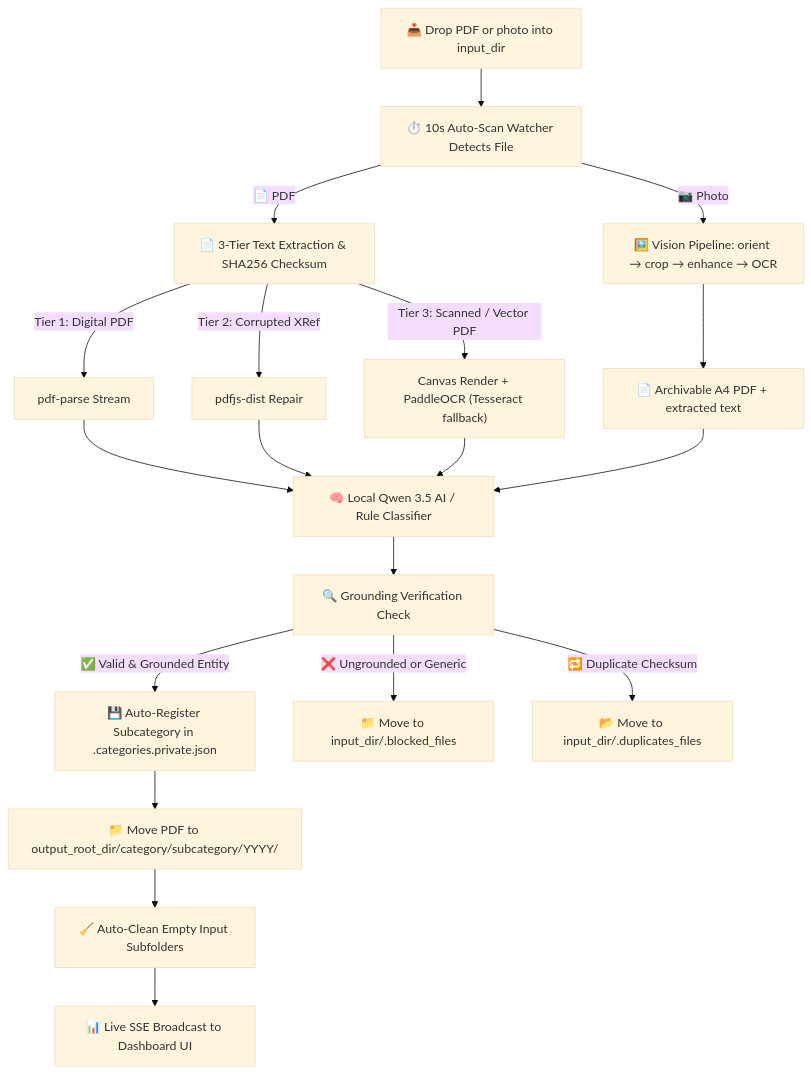
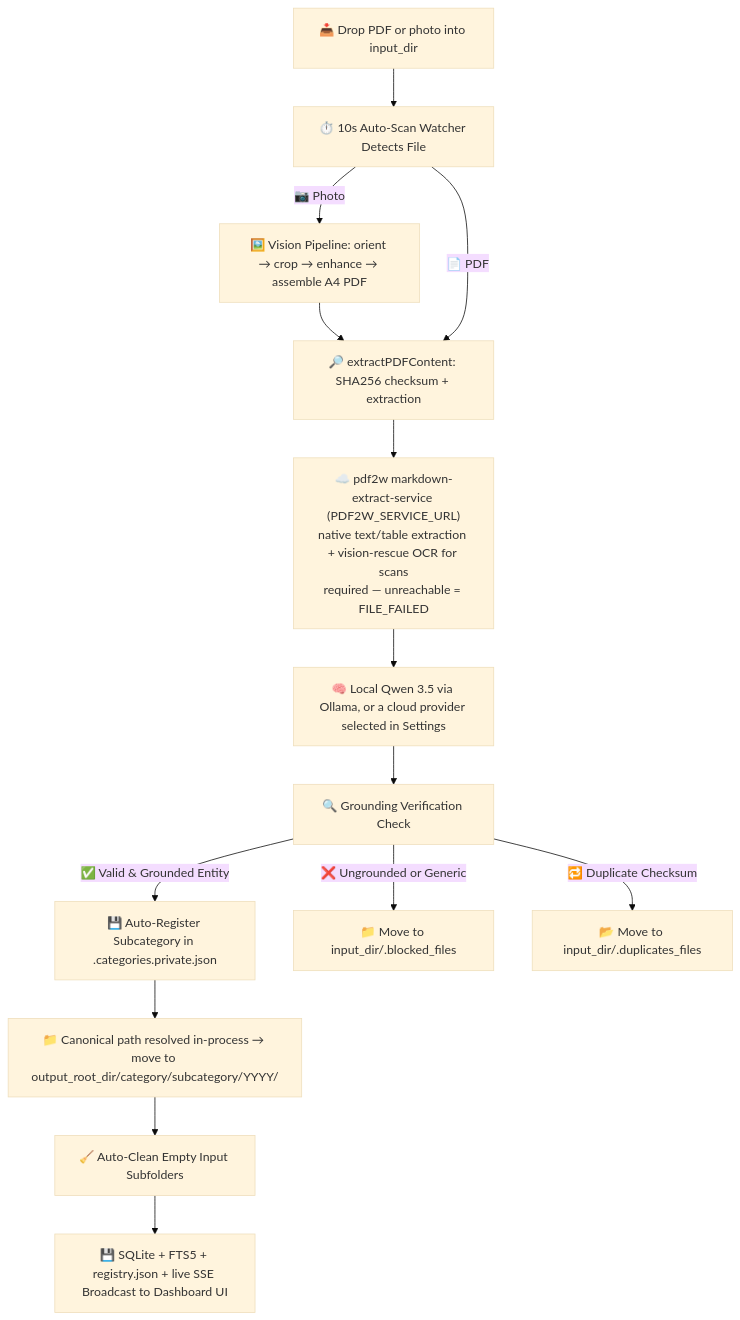
One commit to phamhung075/pdf-triage-intelligent changed the diagram in README.md. Above: the diagram before and after it, drawn with Mermaid (base theme). The commit also changed other lines of this file and 17 other files, not shown here.

````diff
--- a/README.md
+++ b/README.md
@@ -11,18 +11,16 @@
 ```mermaid
 flowchart TD
     A[📥 Drop PDF or photo into input_dir] --> B[⏱️ 10s Auto-Scan Watcher Detects File]
-    B -->|📷 Photo| P["🖼️ Vision Pipeline: orient → crop → enhance → OCR"]
-    P --> Q[📄 Archivable A4 PDF + extracted text]
-    B -->|📄 PDF| C[📄 3-Tier Text Extraction & SHA256 Checksum]
-    C -->|Tier 1: Digital PDF| D[pdf-parse Stream]
-    C -->|Tier 2: Corrupted XRef| E[pdfjs-dist Repair]
-    C -->|Tier 3: Scanned / Vector PDF| F["Canvas Render + PaddleOCR (Tesseract fallback)"]
-    D & E & F & Q --> G[🧠 Local Qwen 3.5 AI / Rule Classifier]
+    B -->|📷 Photo| P["🖼️ Vision Pipeline: orient → crop → enhance → assemble A4 PDF"]
+    P --> C[🔎 extractPDFContent: SHA256 checksum + extraction]
+    B -->|📄 PDF| C
+    C --> C1["☁️ pdf2w markdown-extract-service (PDF2W_SERVICE_URL)<br/>native text/table extraction + vision-rescue OCR for scans<br/>required — unreachable = FILE_FAILED"]
+    C1 --> G[🧠 Local Qwen 3.5 via Ollama, or a cloud provider selected in Settings]
     G --> H[🔍 Grounding Verification Check]
     H -->|✅ Valid & Grounded Entity| I[💾 Auto-Register Subcategory in .categories.private.json]
     H -->|❌ Ungrounded or Generic| J[📁 Move to input_dir/.blocked_files]
     H -->|🔁 Duplicate Checksum| K[📂 Move to input_dir/.duplicates_files]
-    I --> L[📁 Move PDF to output_root_dir/category/subcategory/YYYY/]
+    I --> L[📁 Canonical path resolved in-process → move to output_root_dir/category/subcategory/YYYY/]
     L --> M[🧹 Auto-Clean Empty Input Subfolders]
-    M --> N[📊 Live SSE Broadcast to Dashboard UI]
+    M --> N[💾 SQLite + FTS5 + registry.json + live SSE Broadcast to Dashboard UI]
 ```
````
